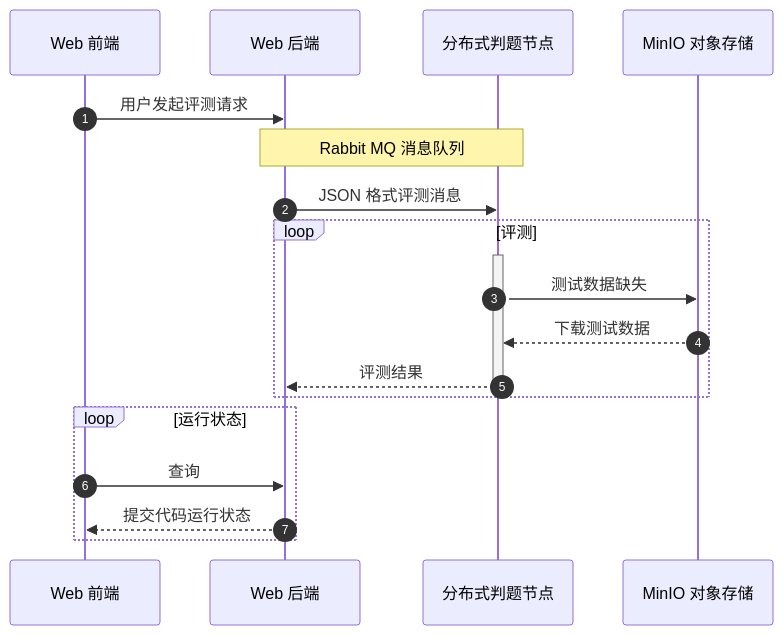
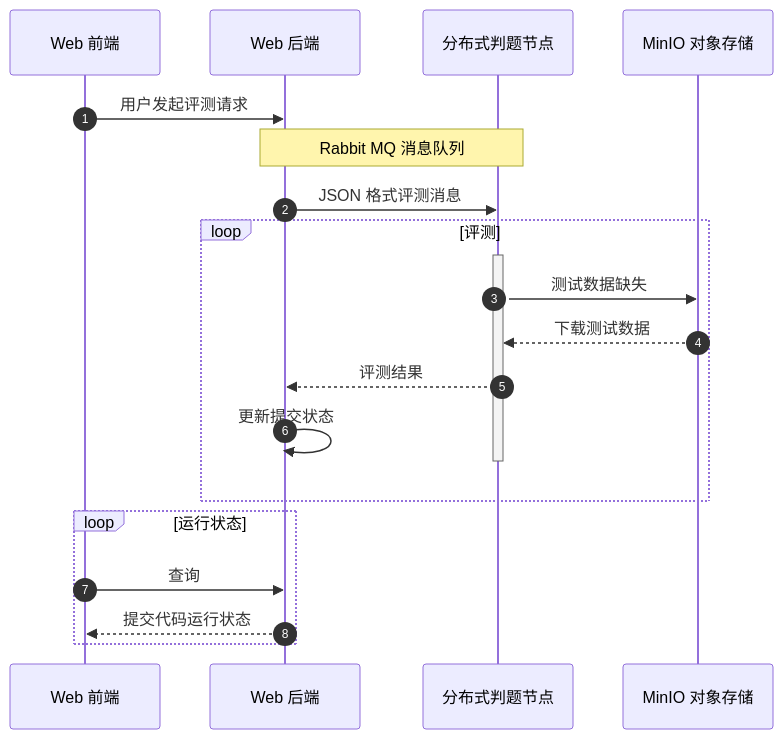
Before and after one commit to XLoJ/slide: the diagram in slides.md, drawn with Mermaid. The commit also changed 2 other files, not shown here.

Commit message:
update: mermaid

````diff
--- a/slides.md
+++ b/slides.md
@@ -206,22 +206,23 @@
 ```mermaid
 sequenceDiagram
   autonumber
   participant Web 前端
   participant Web 后端
   participant 分布式判题节点
   participant MinIO 对象存储
   Web 前端 ->> Web 后端: 用户发起评测请求
   Note over Web 后端, 分布式判题节点: Rabbit MQ 消息队列
   Web 后端 ->> 分布式判题节点: JSON 格式评测消息
   loop 评测
     activate 分布式判题节点
     分布式判题节点 ->> MinIO 对象存储: 测试数据缺失
     MinIO 对象存储 -->> 分布式判题节点: 下载测试数据
     分布式判题节点 -->> Web 后端: 评测结果
+    Web 后端 ->> Web 后端: 更新提交状态
     deactivate 分布式判题节点
   end
   loop 运行状态
     Web 前端 ->> Web 后端: 查询
     Web 后端 -->> Web 前端: 提交代码运行状态
   end
 ```
````
